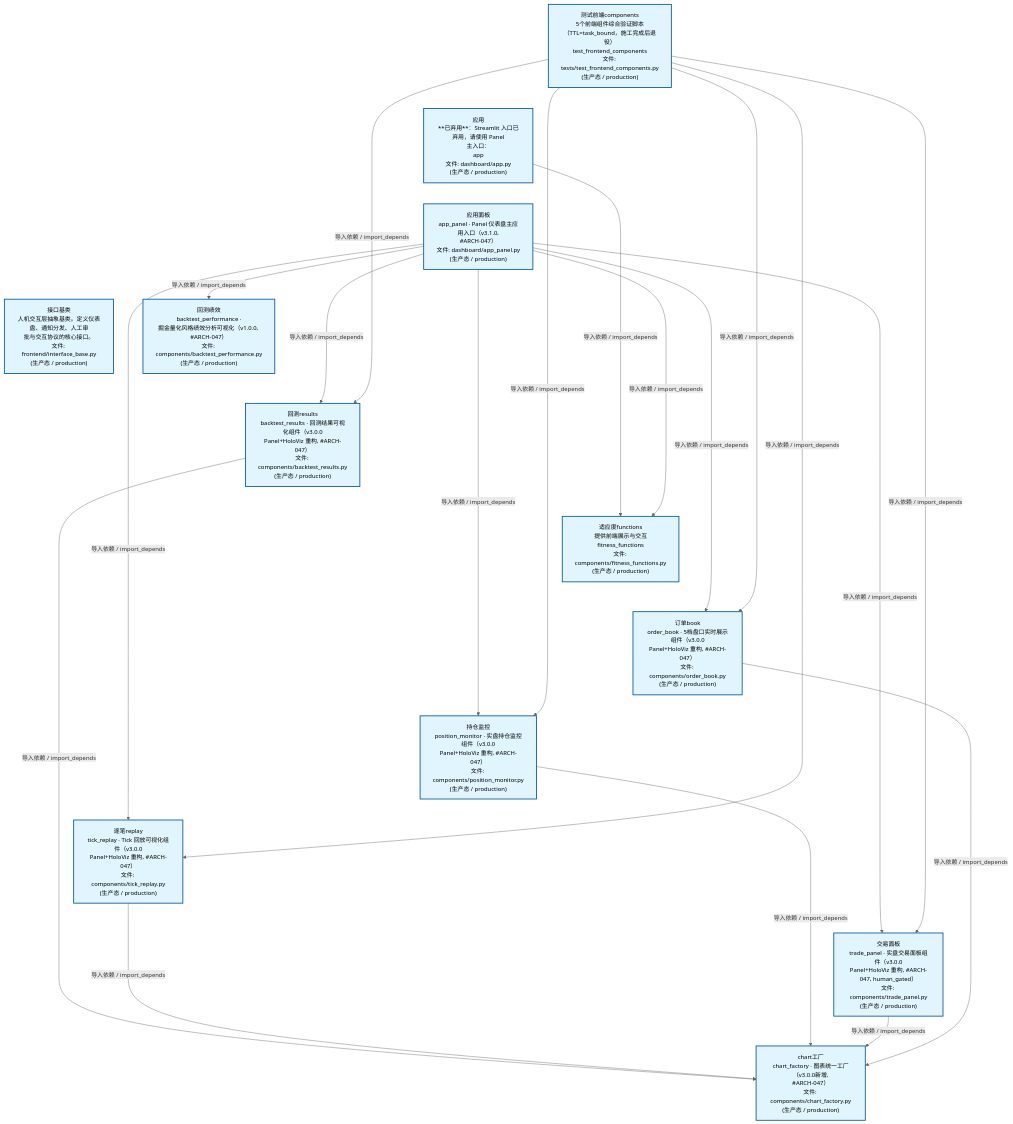
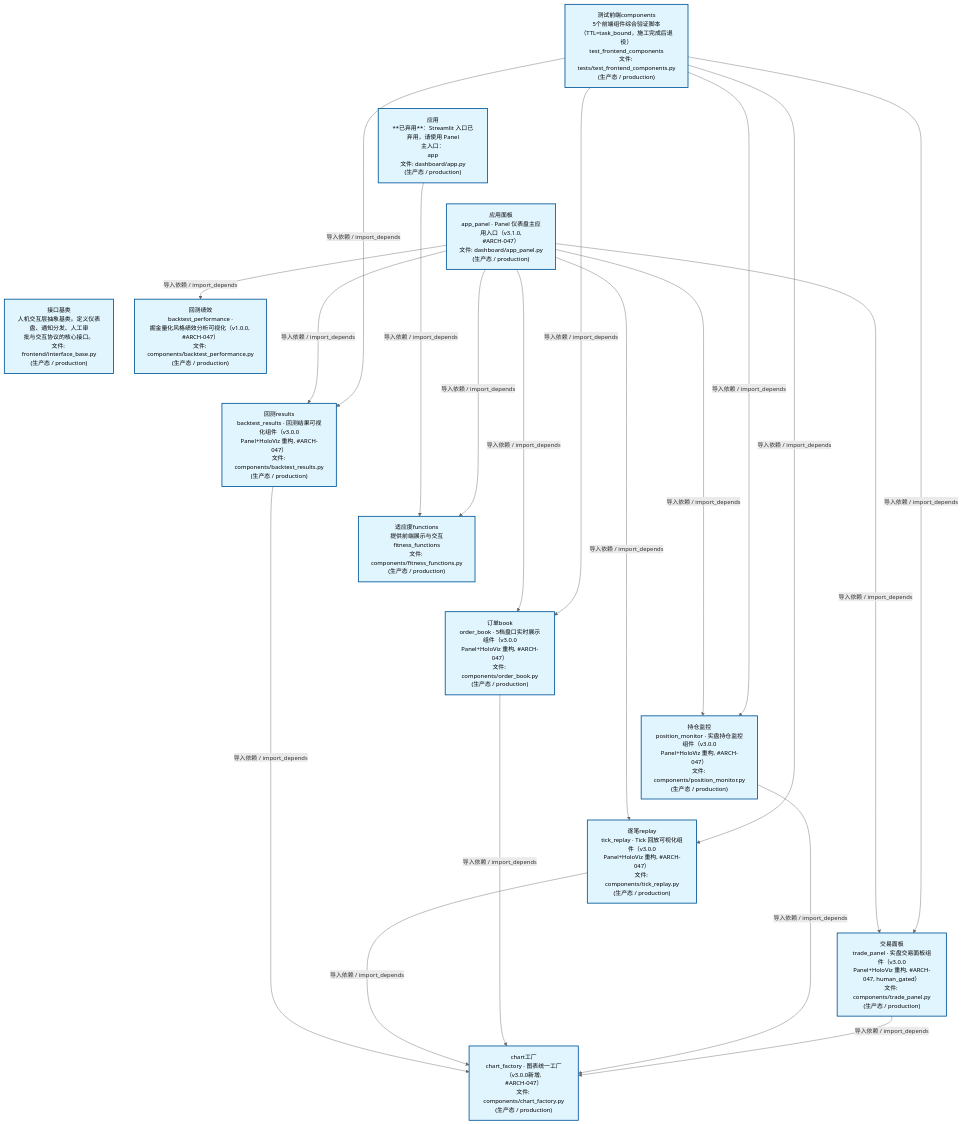
One commit to xuanFelixVan/ZephyrAlpha changed the second of 4 diagrams in docs/02_enterprise_architecture/02_domain_architecture_docs/47_d_frontend.md. Above: the diagram before and after it, drawn with Mermaid. The commit also changed other lines of this file and 50 other files, not shown here.

````diff
--- a/docs/02_enterprise_architecture/02_domain_architecture_docs/47_d_frontend.md
+++ b/docs/02_enterprise_architecture/02_domain_architecture_docs/47_d_frontend.md
@@ -124,48 +124,48 @@
 ```mermaid
 %%{init: {'theme': 'base', 'themeVariables': {'primaryColor': '#eaeaea', 'primaryTextColor': '#333333', 'primaryBorderColor': '#666666', 'lineColor': '#666666', 'secondaryColor': '#eaeaea', 'tertiaryColor': '#eaeaea', 'fontSize': '14px'}}}%%
 flowchart TD
     scripts_tests_test_frontend_components_py["测试前端components<br/>5个前端组件综合验证脚本<br/>（TTL=task_bound，施工完成后退役）<br/>test_frontend_components<br/>文件: tests/test_frontend_components.py<br/>(生产态 / production)"]
     src_zephyr_frontend_dashboard_app_py["应用<br/>**已弃用**：Streamlit 入口已弃用，请使用 Panel<br/>主入口：<br/>app<br/>文件: dashboard/app.py<br/>(生产态 / production)"]
     src_zephyr_frontend_dashboard_app_panel_py["应用面板<br/>app_panel · Panel 仪表盘主应用入口（v3.1.0,<br/>#ARCH-047）<br/>文件: dashboard/app_panel.py<br/>(生产态 / production)"]
     src_zephyr_frontend_interface_base_py["接口基类<br/>人机交互层抽象基类。定义仪表盘、通知分发、人工审<br/>批与交互协议的核心接口。<br/>文件: frontend/interface_base.py<br/>(生产态 / production)"]
     scripts_tests_test_frontend_components_py ~~~ src_zephyr_frontend_dashboard_app_py
     src_zephyr_frontend_dashboard_app_py ~~~ src_zephyr_frontend_dashboard_app_panel_py
     src_zephyr_frontend_dashboard_app_panel_py ~~~ src_zephyr_frontend_interface_base_py
     src_zephyr_frontend_dashboard_components_backtest_performance_py["回测绩效<br/>backtest_performance ·<br/>掘金量化风格绩效分析可视化（v1.0.0, #ARCH-047）<br/>文件: components/backtest_performance.py<br/>(生产态 / production)"]
     src_zephyr_frontend_dashboard_components_backtest_results_py["回测results<br/>backtest_results · 回测结果可视化组件（v3.0.0<br/>Panel+HoloViz 重构, #ARCH-047）<br/>文件: components/backtest_results.py<br/>(生产态 / production)"]
     src_zephyr_frontend_dashboard_components_fitness_functions_py["适应度functions<br/>提供前端展示与交互<br/>fitness_functions<br/>文件: components/fitness_functions.py<br/>(生产态 / production)"]
     src_zephyr_frontend_dashboard_components_order_book_py["订单book<br/>order_book · 5档盘口实时展示组件（v3.0.0<br/>Panel+HoloViz 重构, #ARCH-047）<br/>文件: components/order_book.py<br/>(生产态 / production)"]
     src_zephyr_frontend_dashboard_components_position_monitor_py["持仓监控<br/>position_monitor · 实盘持仓监控组件（v3.0.0<br/>Panel+HoloViz 重构, #ARCH-047）<br/>文件: components/position_monitor.py<br/>(生产态 / production)"]
     src_zephyr_frontend_dashboard_components_tick_replay_py["逐笔replay<br/>tick_replay · Tick 回放可视化组件（v3.0.0<br/>Panel+HoloViz 重构, #ARCH-047）<br/>文件: components/tick_replay.py<br/>(生产态 / production)"]
     src_zephyr_frontend_dashboard_components_trade_panel_py["交易面板<br/>trade_panel · 实盘交易面板组件（v3.0.0<br/>Panel+HoloViz 重构, #ARCH-047, human_gated）<br/>文件: components/trade_panel.py<br/>(生产态 / production)"]
     src_zephyr_frontend_dashboard_components_backtest_performance_py ~~~ src_zephyr_frontend_dashboard_components_backtest_results_py
     src_zephyr_frontend_dashboard_components_backtest_results_py ~~~ src_zephyr_frontend_dashboard_components_fitness_functions_py
     src_zephyr_frontend_dashboard_components_fitness_functions_py ~~~ src_zephyr_frontend_dashboard_components_order_book_py
     src_zephyr_frontend_dashboard_components_order_book_py ~~~ src_zephyr_frontend_dashboard_components_position_monitor_py
     src_zephyr_frontend_dashboard_components_position_monitor_py ~~~ src_zephyr_frontend_dashboard_components_tick_replay_py
     src_zephyr_frontend_dashboard_components_tick_replay_py ~~~ src_zephyr_frontend_dashboard_components_trade_panel_py
     src_zephyr_frontend_dashboard_components_chart_factory_py["chart工厂<br/>chart_factory · 图表统一工厂（v3.0.0新增,<br/>#ARCH-047）<br/>文件: components/chart_factory.py<br/>(生产态 / production)"]
-    src_zephyr_frontend_dashboard_components_backtest_results_py -->|导入依赖 / import_depends| src_zephyr_frontend_dashboard_components_chart_factory_py
     src_zephyr_frontend_dashboard_app_py -->|导入依赖 / import_depends| src_zephyr_frontend_dashboard_components_fitness_functions_py
     src_zephyr_frontend_dashboard_app_panel_py -->|导入依赖 / import_depends| src_zephyr_frontend_dashboard_components_backtest_results_py
+    src_zephyr_frontend_dashboard_app_panel_py -->|导入依赖 / import_depends| src_zephyr_frontend_dashboard_components_fitness_functions_py
     src_zephyr_frontend_dashboard_app_panel_py -->|导入依赖 / import_depends| src_zephyr_frontend_dashboard_components_backtest_performance_py
-    src_zephyr_frontend_dashboard_app_panel_py -->|导入依赖 / import_depends| src_zephyr_frontend_dashboard_components_fitness_functions_py
     src_zephyr_frontend_dashboard_app_panel_py -->|导入依赖 / import_depends| src_zephyr_frontend_dashboard_components_tick_replay_py
+    src_zephyr_frontend_dashboard_app_panel_py -->|导入依赖 / import_depends| src_zephyr_frontend_dashboard_components_order_book_py
     src_zephyr_frontend_dashboard_app_panel_py -->|导入依赖 / import_depends| src_zephyr_frontend_dashboard_components_position_monitor_py
     src_zephyr_frontend_dashboard_app_panel_py -->|导入依赖 / import_depends| src_zephyr_frontend_dashboard_components_trade_panel_py
-    src_zephyr_frontend_dashboard_app_panel_py -->|导入依赖 / import_depends| src_zephyr_frontend_dashboard_components_order_book_py
+    src_zephyr_frontend_dashboard_components_backtest_results_py -->|导入依赖 / import_depends| src_zephyr_frontend_dashboard_components_chart_factory_py
     src_zephyr_frontend_dashboard_components_tick_replay_py -->|导入依赖 / import_depends| src_zephyr_frontend_dashboard_components_chart_factory_py
+    src_zephyr_frontend_dashboard_components_order_book_py -->|导入依赖 / import_depends| src_zephyr_frontend_dashboard_components_chart_factory_py
     src_zephyr_frontend_dashboard_components_position_monitor_py -->|导入依赖 / import_depends| src_zephyr_frontend_dashboard_components_chart_factory_py
     src_zephyr_frontend_dashboard_components_trade_panel_py -->|导入依赖 / import_depends| src_zephyr_frontend_dashboard_components_chart_factory_py
-    src_zephyr_frontend_dashboard_components_order_book_py -->|导入依赖 / import_depends| src_zephyr_frontend_dashboard_components_chart_factory_py
     scripts_tests_test_frontend_components_py -->|导入依赖 / import_depends| src_zephyr_frontend_dashboard_components_backtest_results_py
     scripts_tests_test_frontend_components_py -->|导入依赖 / import_depends| src_zephyr_frontend_dashboard_components_tick_replay_py
+    scripts_tests_test_frontend_components_py -->|导入依赖 / import_depends| src_zephyr_frontend_dashboard_components_order_book_py
     scripts_tests_test_frontend_components_py -->|导入依赖 / import_depends| src_zephyr_frontend_dashboard_components_position_monitor_py
     scripts_tests_test_frontend_components_py -->|导入依赖 / import_depends| src_zephyr_frontend_dashboard_components_trade_panel_py
-    scripts_tests_test_frontend_components_py -->|导入依赖 / import_depends| src_zephyr_frontend_dashboard_components_order_book_py
     classDef production fill:#e1f5fe,stroke:#01579b,stroke-width:2px,color:#000
     classDef design fill:#fff3e0,stroke:#e65100,stroke-width:2px,color:#000,stroke-dasharray: 5 5
     classDef external_prod fill:#e8f4fd,stroke:#0277bd,stroke-width:1px,color:#000
     classDef external_design fill:#fff8e7,stroke:#ef6c00,stroke-width:1px,color:#000,stroke-dasharray: 5 5
     class scripts_tests_test_frontend_components_py,src_zephyr_frontend_dashboard_app_py,src_zephyr_frontend_dashboard_app_panel_py,src_zephyr_frontend_dashboard_components_backtest_performance_py,src_zephyr_frontend_dashboard_components_backtest_results_py,src_zephyr_frontend_dashboard_components_chart_factory_py,src_zephyr_frontend_dashboard_components_fitness_functions_py,src_zephyr_frontend_dashboard_components_order_book_py,src_zephyr_frontend_dashboard_components_position_monitor_py,src_zephyr_frontend_dashboard_components_tick_replay_py,src_zephyr_frontend_dashboard_components_trade_panel_py,src_zephyr_frontend_interface_base_py production
 ```
````
